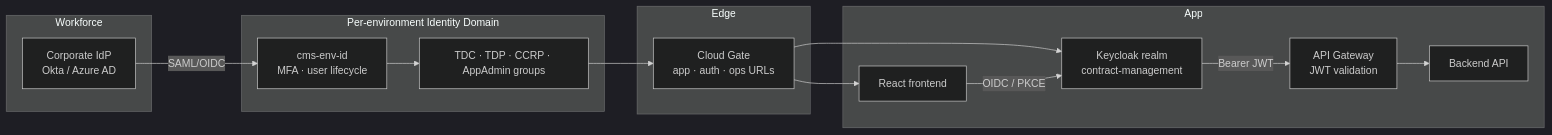
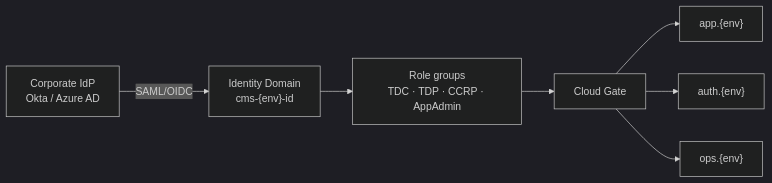
The seventh of 12 diagrams in README.md (gitmujoshi/Confidential-AI-Network), drawn with Mermaid (dark theme) before and after one commit. The commit also changed other lines of this file, not shown here.

First line of the commit message:
docs: refactor README architecture diagrams into focused chunks

````diff
--- a/README.md
+++ b/README.md
@@ -165,31 +190,13 @@
 ```mermaid
 flowchart LR
-  subgraph Workforce
-    IdP[Corporate IdP<br/>Okta / Azure AD]
-  end
+  IdP["Corporate IdP<br/>Okta / Azure AD"]
+  ID["Identity Domain<br/>cms-{env}-id"]
+  Groups["Role groups<br/>TDC · TDP · CCRP · AppAdmin"]
+  CG["Cloud Gate"]
 
-  subgraph OCI["Per-environment Identity Domain"]
-    ID[cms-env-id<br/>MFA · user lifecycle]
-    Groups[TDC · TDP · CCRP · AppAdmin groups]
-  end
+  IdP -->|SAML/OIDC| ID --> Groups --> CG
 
-  subgraph Edge
-    CG[Cloud Gate<br/>app · auth · ops URLs]
-  end
-
-  subgraph App
-    KC[Keycloak realm<br/>contract-management]
-    SPA[React frontend]
-    APIGW[API Gateway<br/>JWT validation]
-    API[Backend API]
-  end
-
-  IdP -->|SAML/OIDC| ID
-  ID --> Groups
-  Groups --> CG
-  CG --> SPA
-  CG --> KC
-  SPA -->|OIDC / PKCE| KC
-  KC -->|Bearer JWT| APIGW
-  APIGW --> API
+  CG --> App["app.{env}"]
+  CG --> Auth["auth.{env}"]
+  CG --> Ops["ops.{env}"]
 ```
````
